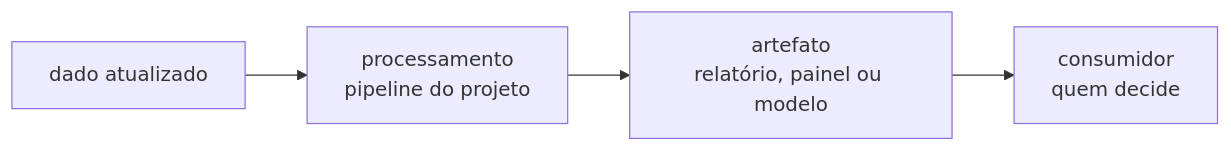
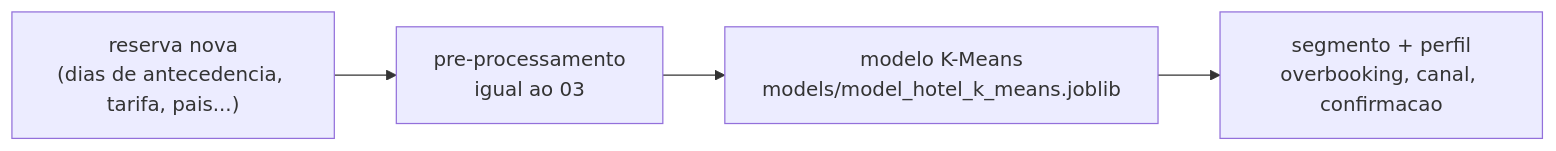
One commit to PauloEverton05/Turismo-e-hotelaria changed the diagram in docs/implementacao.md. Above: the diagram before and after it, drawn with Mermaid. The commit also changed other lines of this file and 7 other files, not shown here.

````diff
--- a/docs/implementacao.md
+++ b/docs/implementacao.md
@@ -32,6 +38,6 @@
 ```mermaid
 flowchart LR
-    A["dado atualizado"] --> B["processamento<br/>pipeline do projeto"]
-    B --> C["artefato<br/>relatório, painel ou modelo"]
-    C --> D["consumidor<br/>quem decide"]
+    A["reserva nova<br/>(dias de antecedencia, tarifa, pais...)"] --> B["pre-processamento<br/>igual ao 03"]
+    B --> C["modelo K-Means<br/>models/model_hotel_k_means.joblib"]
+    C --> D["segmento + perfil<br/>overbooking, canal, confirmacao"]
 ```
````
